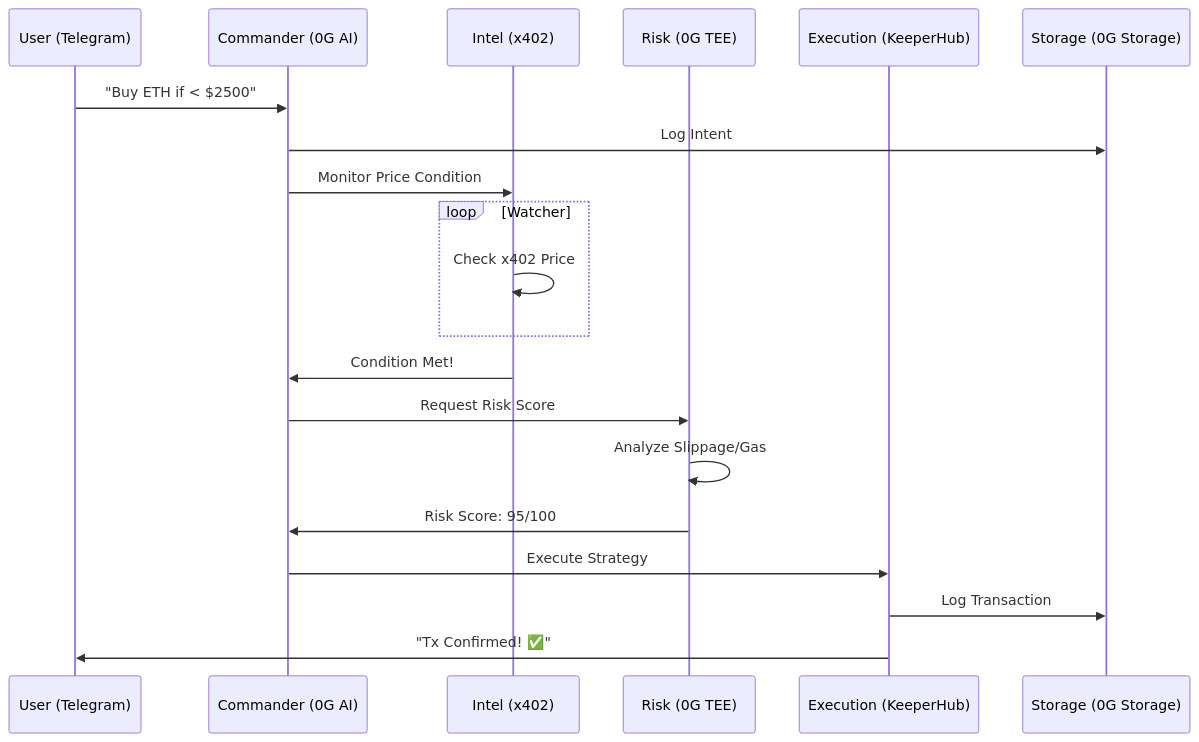
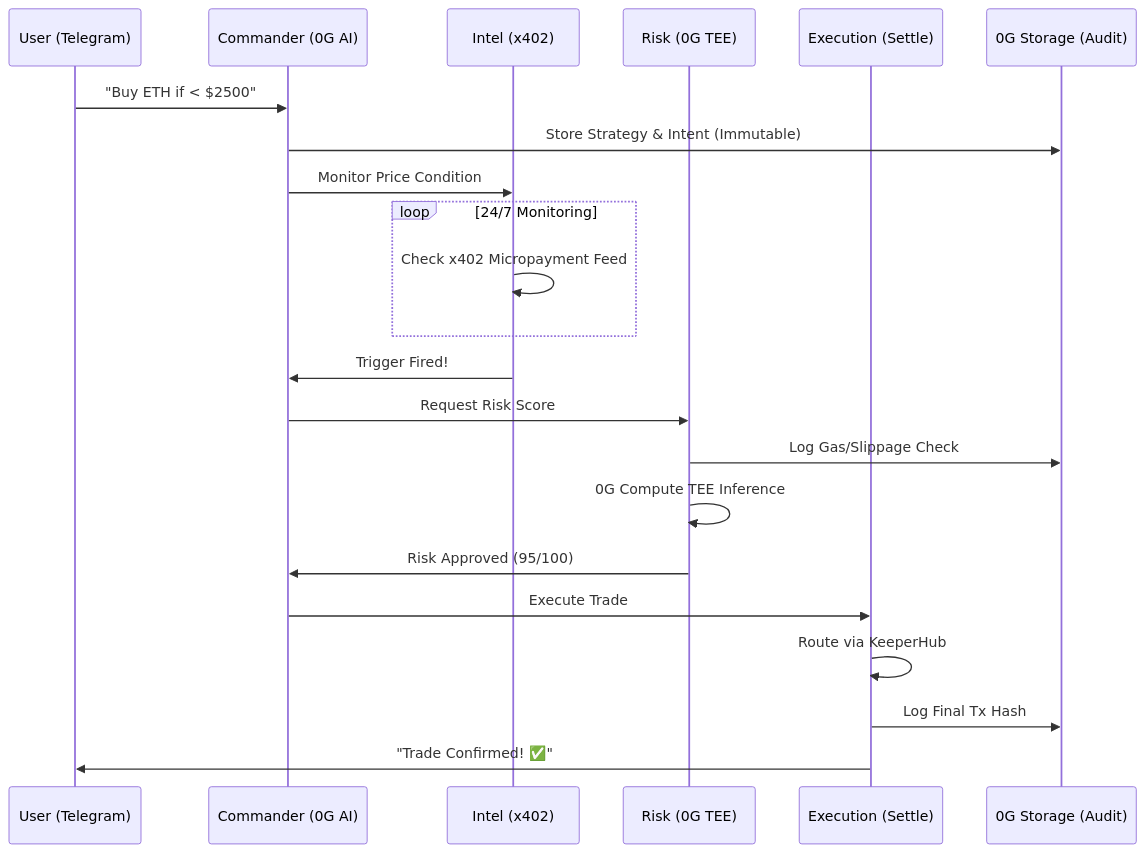
The second of 2 diagrams in README.md (SamuelDharshi/Alpha402), drawn with Mermaid before and after one commit. The commit also changed other lines of this file, not shown here.

Commit message:
docs: finalize professional Alpha402 README with 0G/KeeperHub integrations

````diff
--- a/README.md
+++ b/README.md
@@ -77,23 +54,25 @@
 ```mermaid
 sequenceDiagram
     participant U as User (Telegram)
     participant C as Commander (0G AI)
     participant I as Intel (x402)
     participant R as Risk (0G TEE)
-    participant E as Execution (KeeperHub)
-    participant S as Storage (0G Storage)
+    participant E as Execution (Settle)
+    participant S as 0G Storage (Audit)
 
     U->>C: "Buy ETH if < $2500"
-    C->>S: Log Intent
+    C->>S: Store Strategy & Intent (Immutable)
     C->>I: Monitor Price Condition
-    loop Watcher
-        I->>I: Check x402 Price
+    loop 24/7 Monitoring
+        I->>I: Check x402 Micropayment Feed
     end
-    I->>C: Condition Met!
+    I->>C: Trigger Fired!
     C->>R: Request Risk Score
-    R->>R: Analyze Slippage/Gas
-    R->>C: Risk Score: 95/100
-    C->>E: Execute Strategy
-    E->>S: Log Transaction
-    E->>U: "Tx Confirmed! ✅"
+    R->>S: Log Gas/Slippage Check
+    R->>R: 0G Compute TEE Inference
+    R->>C: Risk Approved (95/100)
+    C->>E: Execute Trade
+    E->>E: Route via KeeperHub
+    E->>S: Log Final Tx Hash
+    E->>U: "Trade Confirmed! ✅"
 ```
````
